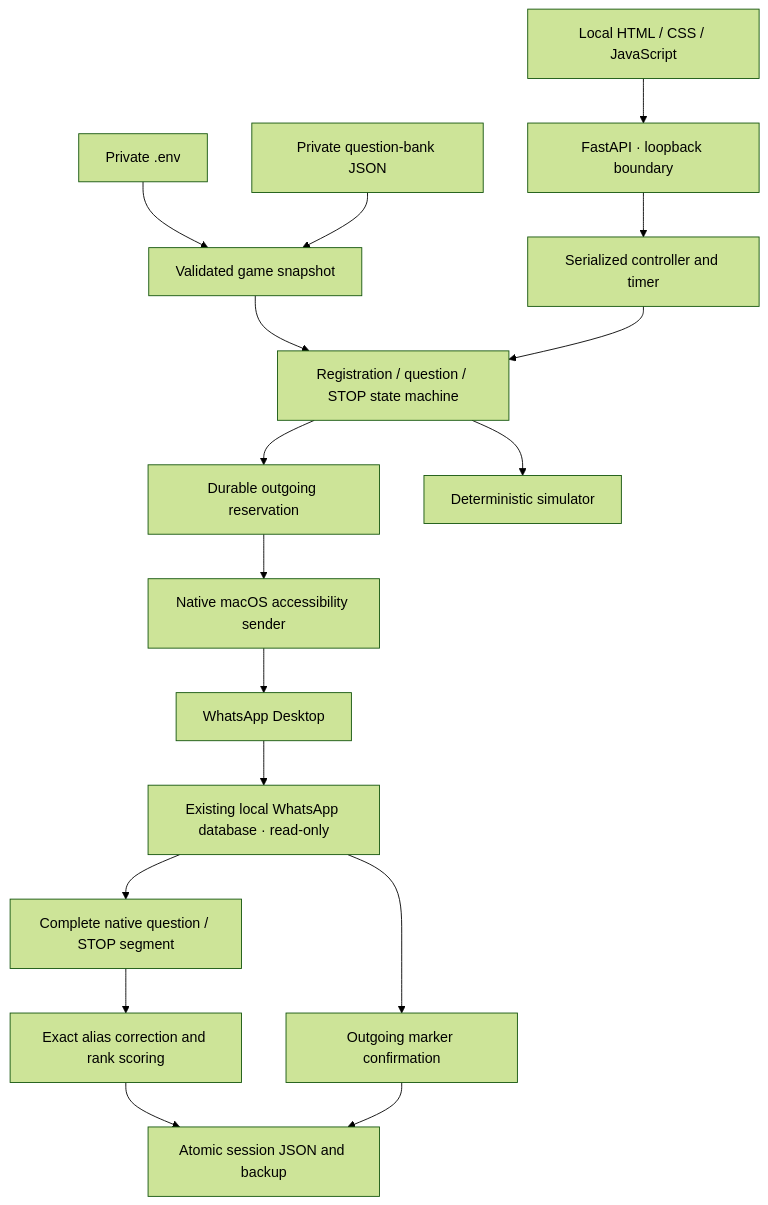
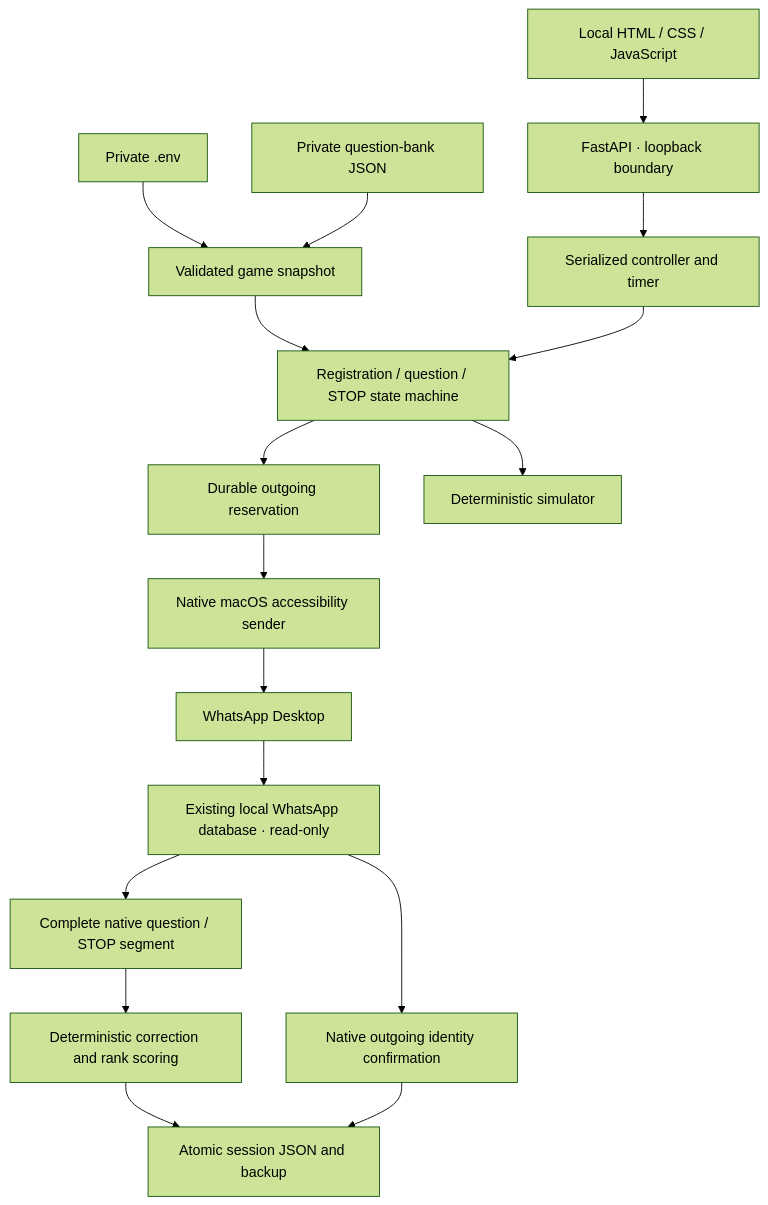
Before and after one commit to Wolfidy7/whatsapp-quiz-bot-macos: the diagram in README.md, drawn with Mermaid (forest theme). The commit also changed other lines of this file and 41 other files, not shown here.

````diff
--- a/README.md
+++ b/README.md
@@ -186,19 +253,19 @@
 ```mermaid
 flowchart TD
   UI[Local HTML / CSS / JavaScript] --> HTTP[FastAPI · loopback boundary]
   HTTP --> CONTROL[Serialized controller and timer]
   ENV[Private .env] --> SNAP[Validated game snapshot]
   BANK[Private question-bank JSON] --> SNAP
   SNAP --> ENGINE[Registration / question / STOP state machine]
   CONTROL --> ENGINE
   ENGINE --> RESERVE[Durable outgoing reservation]
   RESERVE --> AX[Native macOS accessibility sender]
   AX --> WHATSAPP[WhatsApp Desktop]
   WHATSAPP --> SOURCE[Existing local WhatsApp database · read-only]
-  SOURCE --> CONFIRM[Outgoing marker confirmation]
+  SOURCE --> CONFIRM[Native outgoing identity confirmation]
   SOURCE --> HISTORY[Complete native question / STOP segment]
-  HISTORY --> GRADE[Exact alias correction and rank scoring]
+  HISTORY --> GRADE[Deterministic correction and rank scoring]
   GRADE --> STORE[Atomic session JSON and backup]
   CONFIRM --> STORE
   ENGINE --> SIM[Deterministic simulator]
 ```
````
